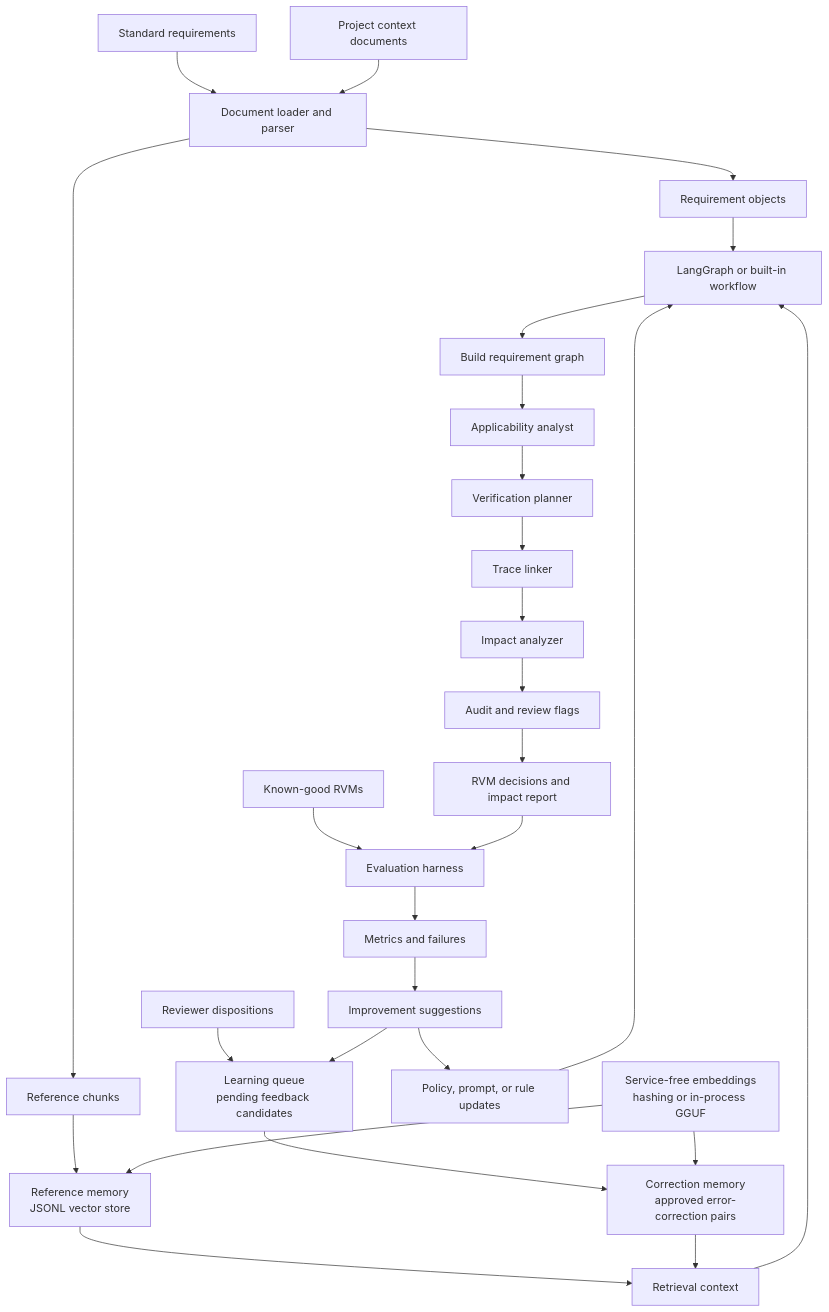
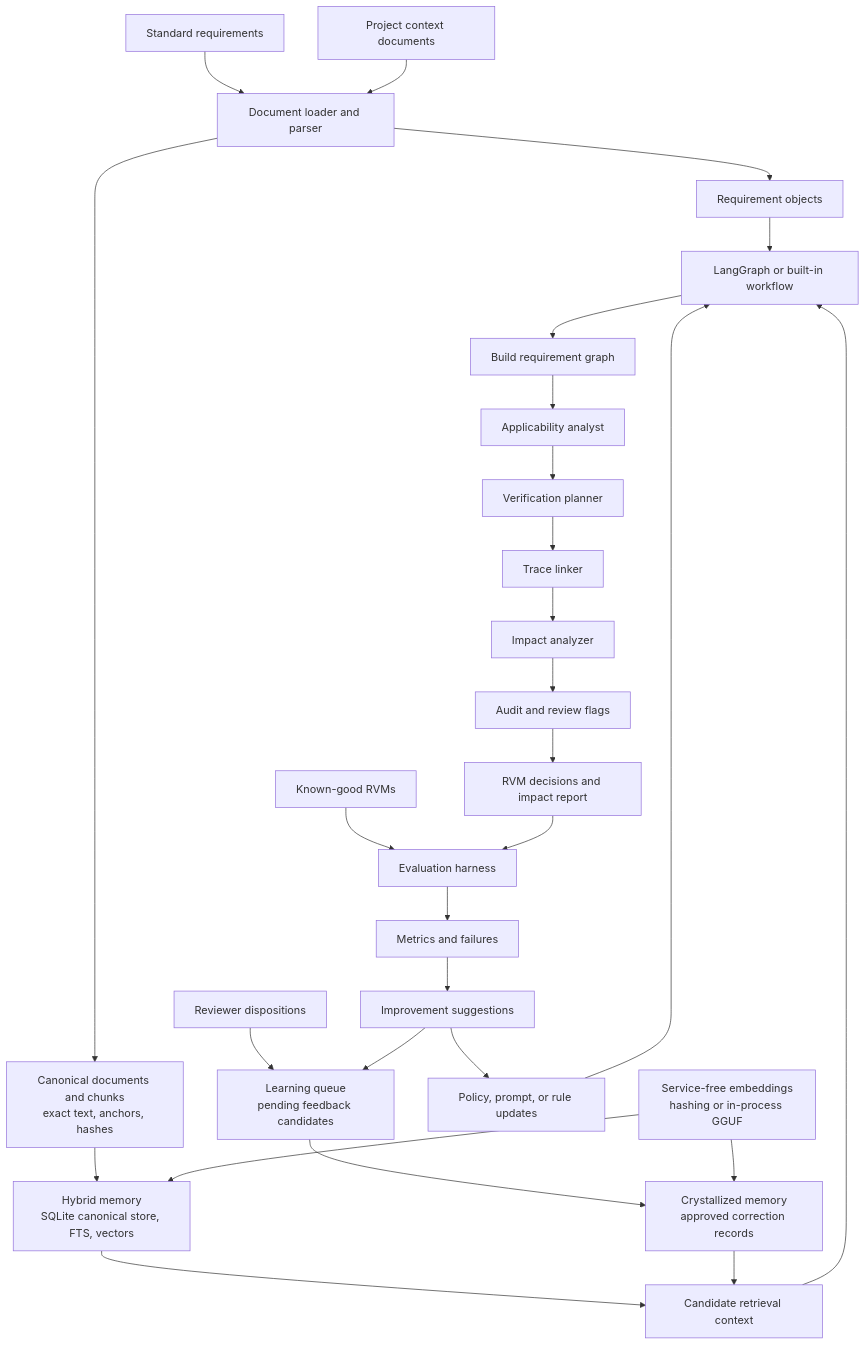
Before and after one commit to jdmccabe/LearningAgent: the diagram in README.md, drawn with Mermaid. The commit also changed other lines of this file and 10 other files, not shown here.

````diff
--- a/README.md
+++ b/README.md
@@ -228,35 +237,35 @@
 ```mermaid
 flowchart TD
     A["Standard requirements"] --> B["Document loader and parser"]
     C["Project context documents"] --> B
     D["Known-good RVMs"] --> E["Evaluation harness"]
 
     B --> F["Requirement objects"]
-    B --> G["Reference chunks"]
-    G --> H["Reference memory<br/>JSONL vector store"]
+    B --> G["Canonical documents and chunks<br/>exact text, anchors, hashes"]
+    G --> H["Hybrid memory<br/>SQLite canonical store, FTS, vectors"]
     I["Reviewer dispositions"] --> X["Learning queue<br/>pending feedback candidates"]
-    X --> J["Correction memory<br/>approved error-correction pairs"]
+    X --> J["Crystallized memory<br/>approved correction records"]
 
-    H --> K["Retrieval context"]
+    H --> K["Candidate retrieval context"]
     J --> K
     F --> L["LangGraph or built-in workflow"]
     K --> L
 
     L --> M["Build requirement graph"]
     M --> N["Applicability analyst"]
     N --> O["Verification planner"]
     O --> P["Trace linker"]
     P --> Q["Impact analyzer"]
     Q --> R["Audit and review flags"]
     R --> S["RVM decisions and impact report"]
 
     S --> E
     E --> T["Metrics and failures"]
     T --> U["Improvement suggestions"]
     U --> X
     U --> V["Policy, prompt, or rule updates"]
     V --> L
 
     W["Service-free embeddings<br/>hashing or in-process GGUF"] --> H
     W --> J
 ```
````
